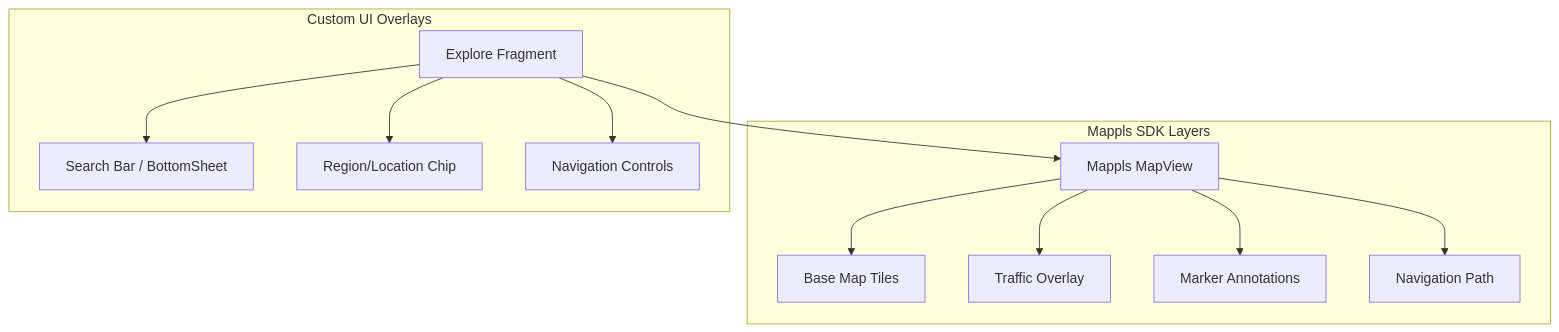
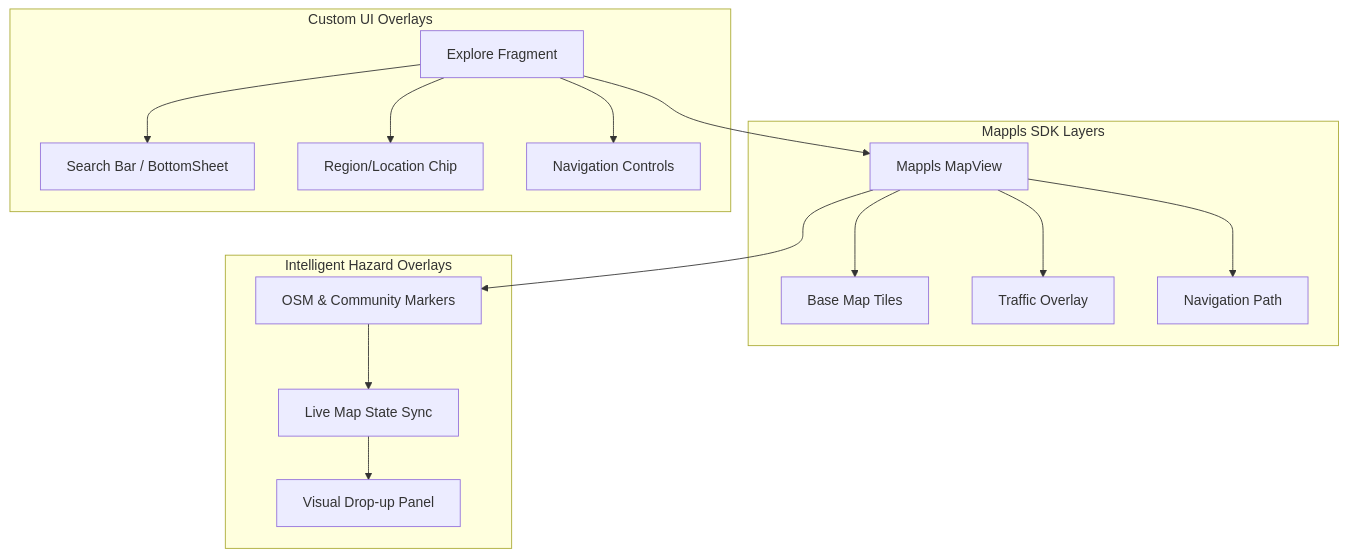
The first of 2 diagrams in documentation/explore_architecture_flowchart.md (roshan-melvin/Mapzy), drawn with Mermaid before and after one commit. The commit also changed other lines of this file and 18 other files, not shown here.

First line of the commit message:
feat(map): implement real-time hazard marker syncing and visual alert fixes

````diff
--- a/documentation/explore_architecture_flowchart.md
+++ b/documentation/explore_architecture_flowchart.md
@@ -6,17 +6,22 @@
 ```mermaid
 graph TD
     ExploreFrag[Explore Fragment] --> MapView[Mappls MapView]
     
     subgraph "Mappls SDK Layers"
         MapView --> BaseMap[Base Map Tiles]
         MapView --> TrafficLayer[Traffic Overlay]
-        MapView --> Markers[Marker Annotations]
         MapView --> Polyline[Navigation Path]
+    end
+    
+    subgraph "Intelligent Hazard Overlays"
+        MapView --> HazardMarkers[OSM & Community Markers]
+        HazardMarkers --> FirebaseListener[Live Map State Sync]
+        FirebaseListener --> VisualAlert[Visual Drop-up Panel]
     end
     
     subgraph "Custom UI Overlays"
         ExploreFrag --> SearchBar[Search Bar / BottomSheet]
         ExploreFrag --> RegionChip[Region/Location Chip]
         ExploreFrag --> NavControls[Navigation Controls]
     end
 ```
````
